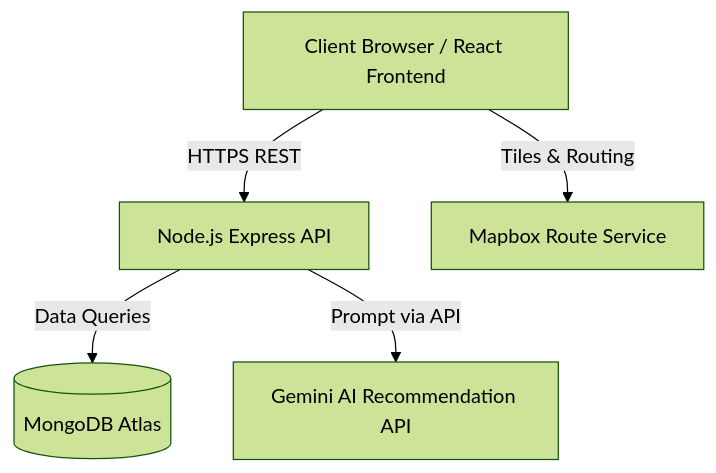
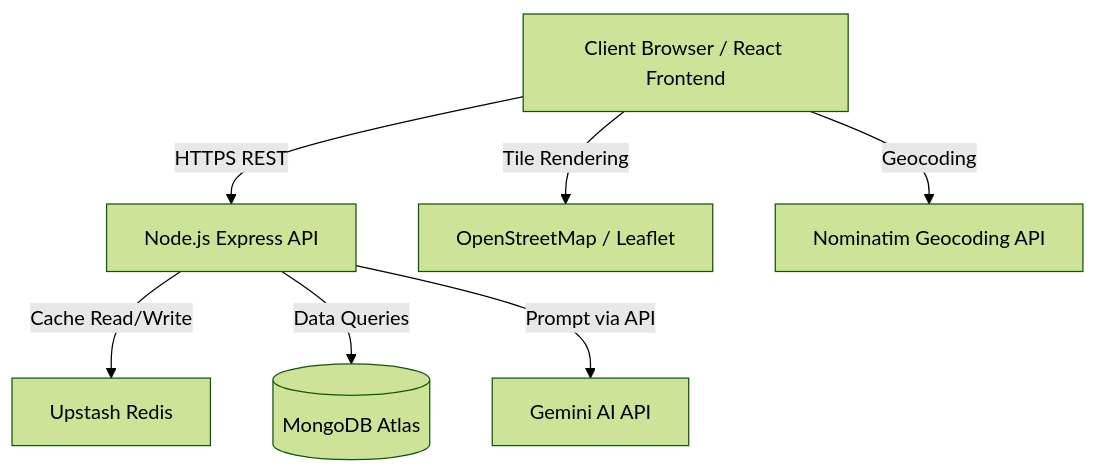
One commit to priypatel/Travel changed the diagram in system-architecture.md. Above: the diagram before and after it, drawn with Mermaid (forest theme). The commit also changed other lines of this file and 32 other files, not shown here.

````diff
--- a/system-architecture.md
+++ b/system-architecture.md
@@ -6,9 +5,9 @@
 ```mermaid
 graph TD
     Client[Client Browser / React Frontend] -->|HTTPS REST| Backend[Node.js Express API]
-    
+    Backend -->|Cache Read/Write| Redis[Upstash Redis]
     Backend -->|Data Queries| MongoDB[(MongoDB Atlas)]
-    Backend -->|Prompt via API| Gemini[Gemini AI Recommendation API]
-    
-    Client -->|Tiles & Routing| Mapbox[Mapbox Route Service]
+    Backend -->|Prompt via API| Gemini[Gemini AI API]
+    Client -->|Tile Rendering| OSM[OpenStreetMap / Leaflet]
+    Client -->|Geocoding| Nominatim[Nominatim Geocoding API]
 ```
````
